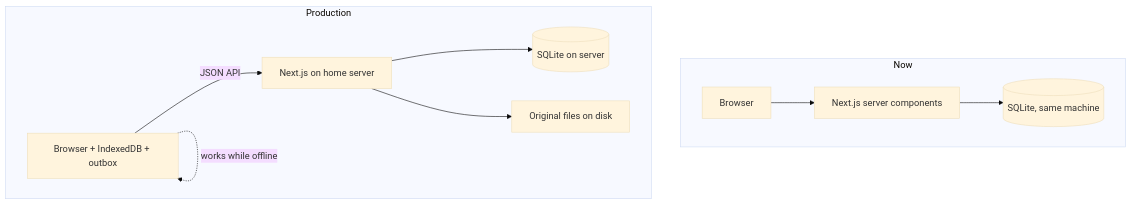
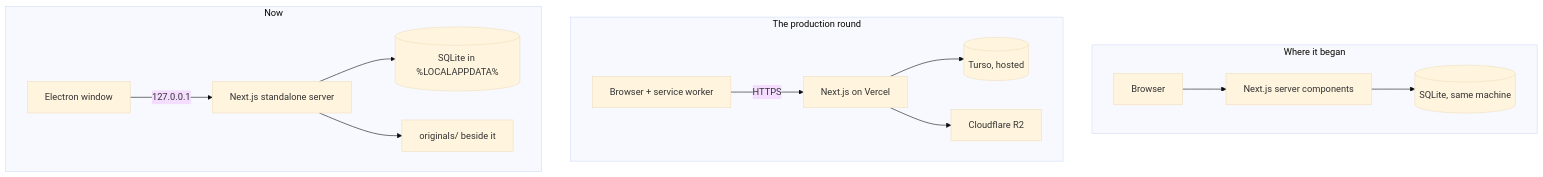
The diagram in docs/production-design.md (paopao-GG/pnhs-records), drawn with Mermaid (base theme) before and after one commit. The commit also changed other lines of this file and 81 other files, not shown here.

````diff
--- a/docs/production-design.md
+++ b/docs/production-design.md
@@ -36,13 +38,17 @@
 ```mermaid
 graph TB
-  subgraph Now
+  subgraph Before["Where it began"]
     A1[Browser] --> A2[Next.js server components]
     A2 --> A3[(SQLite, same machine)]
   end
-  subgraph Production
-    B1[Browser + IndexedDB + outbox] -->|JSON API| B2[Next.js on home server]
-    B2 --> B3[(SQLite on server)]
-    B2 --> B4[Original files on disk]
-    B1 -.works while offline.-> B1
+  subgraph Hosted["The production round"]
+    B1[Browser + service worker] -->|HTTPS| B2[Next.js on Vercel]
+    B2 --> B3[(Turso, hosted)]
+    B2 --> B4[Cloudflare R2]
+  end
+  subgraph Desktop["Now"]
+    C1[Electron window] -->|127.0.0.1| C2[Next.js standalone server]
+    C2 --> C3[(SQLite in %LOCALAPPDATA%)]
+    C2 --> C4[originals/ beside it]
   end
 ```
````
